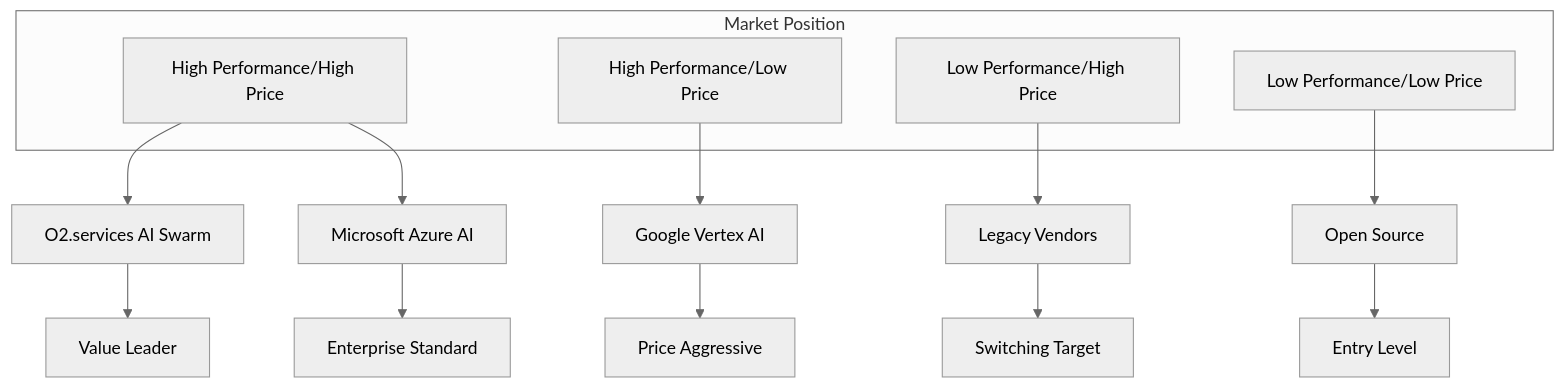
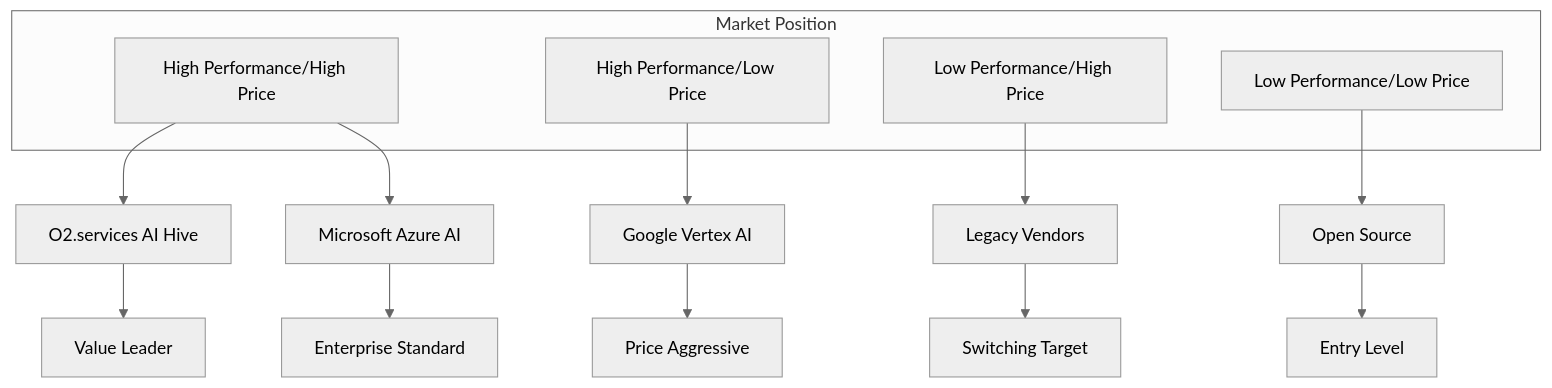
The fifth of 11 diagrams in business-documents/competitive-positioning/08-win-loss-analysis.md (o2alexanderfedin/AI-Hive-Business-Docs), drawn with Mermaid (neutral theme) before and after one commit. The commit also changed other lines of this file and 22 other files, not shown here.

First line of the commit message:
Replace all references from 'AI Swarm' to 'AI Hive' across project

````diff
--- a/business-documents/competitive-positioning/08-win-loss-analysis.md
+++ b/business-documents/competitive-positioning/08-win-loss-analysis.md
@@ -232,21 +232,21 @@
 ```mermaid
 graph TD
     subgraph "Market Position"
         A[High Performance/High Price]
         B[High Performance/Low Price]
         C[Low Performance/High Price]
         D[Low Performance/Low Price]
     end
 
-    A --> E[O2.services AI Swarm]
+    A --> E[O2.services AI Hive]
     A --> F[Microsoft Azure AI]
     B --> G[Google Vertex AI]
     C --> H[Legacy Vendors]
     D --> I[Open Source]
 
     E --> J[Value Leader]
     F --> K[Enterprise Standard]
     G --> L[Price Aggressive]
     H --> M[Switching Target]
     I --> N[Entry Level]
 ```
````
